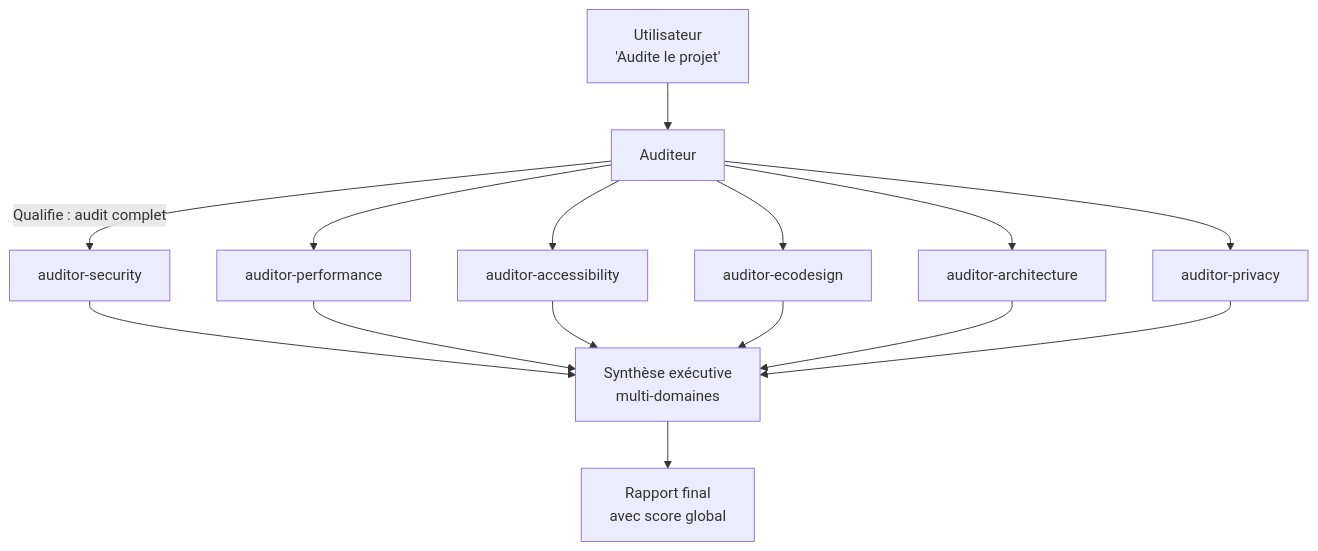
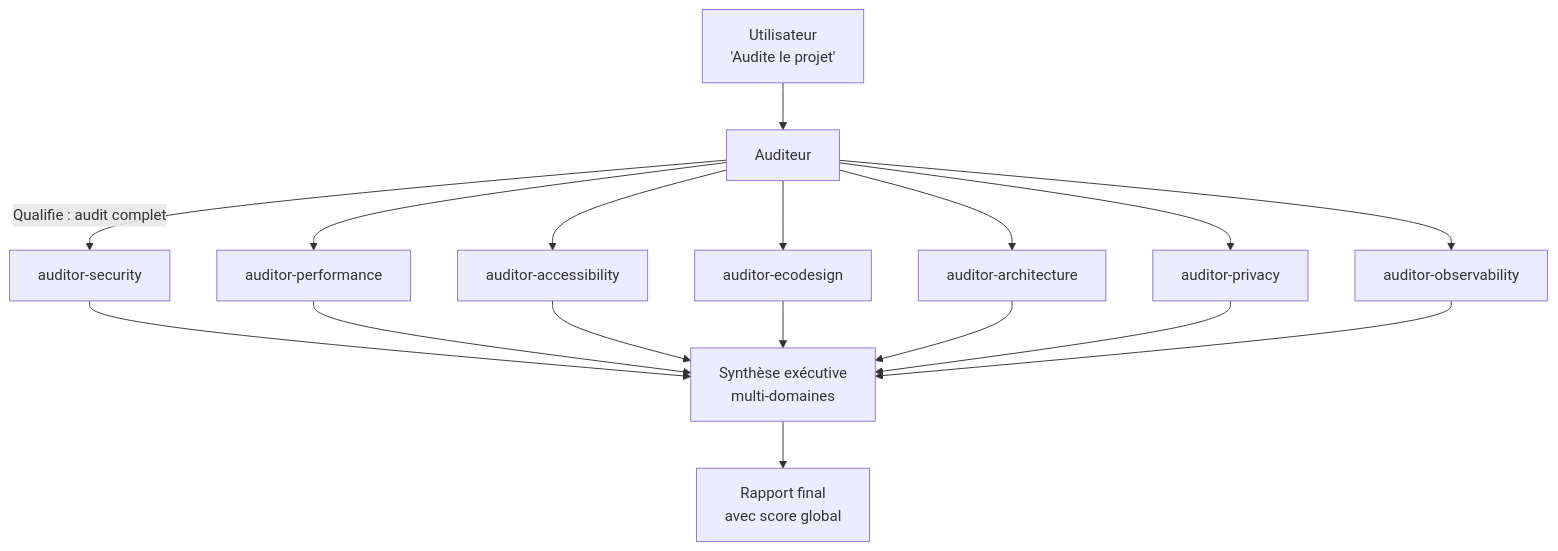
Before and after one commit to datichb/opencode-hub: the second of 5 diagrams in docs/guides/workflows.md, drawn with Mermaid. The commit also changed other lines of this file and 2 other files, not shown here.

Commit message:
docs: mise à jour workflows — architecture deux niveaux, scénarios designers et documentarian, guide de choix d'entrée

````diff
--- a/docs/guides/workflows.md
+++ b/docs/guides/workflows.md
@@ -130,17 +186,19 @@
 ```mermaid
 flowchart TD
     U[Utilisateur\n'Audite le projet'] --> A[Auditeur]
     A --> |Qualifie : audit complet| AS[auditor-security]
     A --> AP[auditor-performance]
     A --> AA[auditor-accessibility]
     A --> AE[auditor-ecodesign]
     A --> AR[auditor-architecture]
     A --> APR[auditor-privacy]
+    A --> AO[auditor-observability]
     AS --> S[Synthèse exécutive\nmulti-domaines]
     AP --> S
     AA --> S
     AE --> S
     AR --> S
     APR --> S
+    AO --> S
     S --> U2[Rapport final\navec score global]
 ```
````
